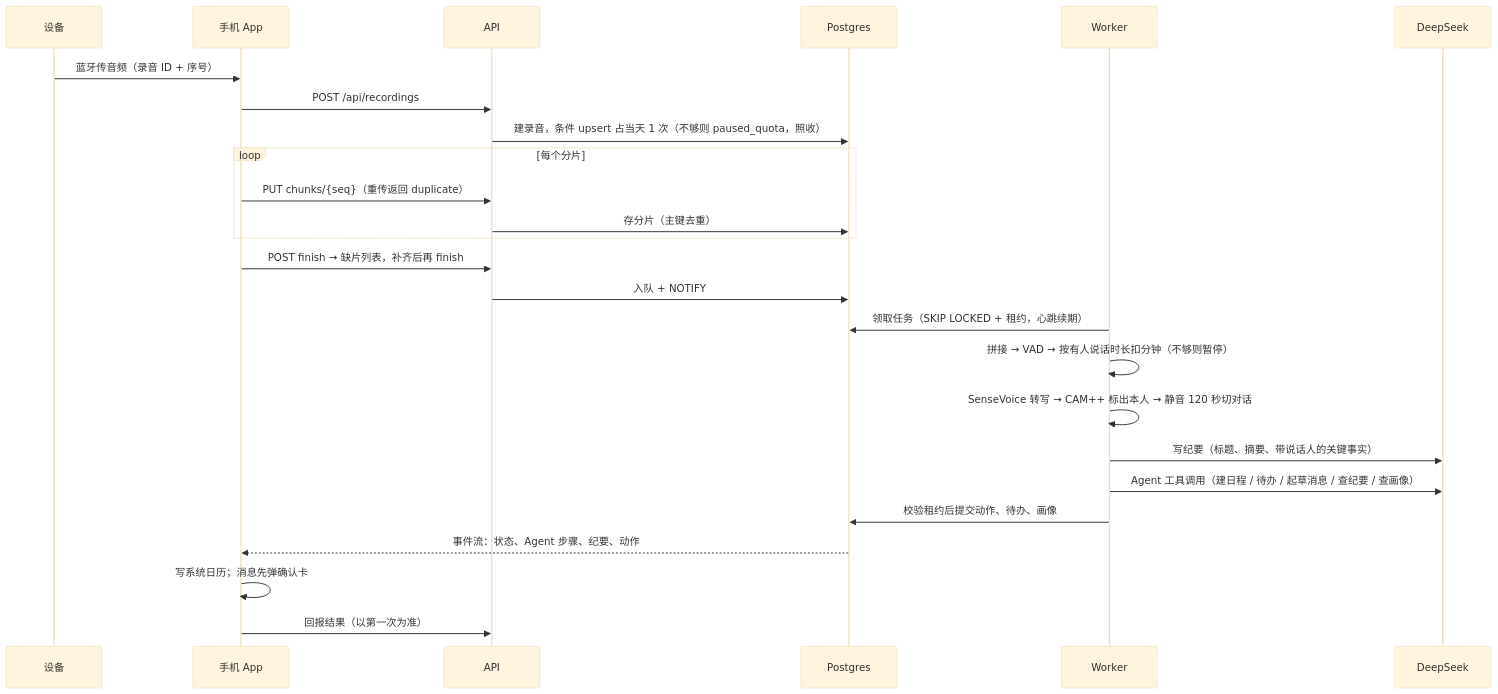
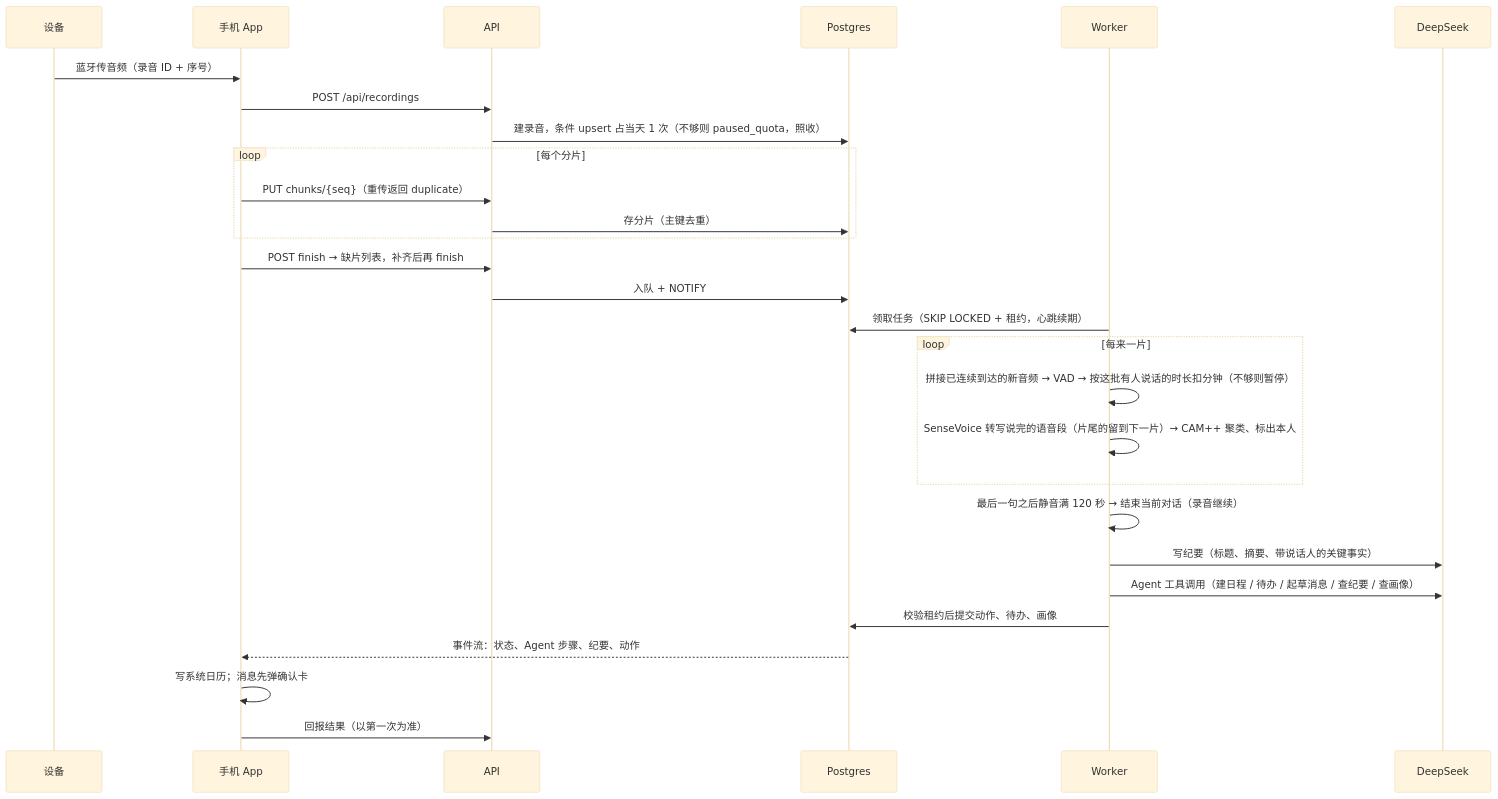
Before and after one commit to ssynb/nota: the second of 2 diagrams in README.md, drawn with Mermaid (base theme). The commit also changed other lines of this file and 7 other files, not shown here.

````diff
--- a/README.md
+++ b/README.md
@@ -73,27 +75,30 @@
 ```mermaid
 sequenceDiagram
   participant D as 设备
   participant P as 手机 App
   participant A as API
   participant DB as Postgres
   participant W as Worker
   participant L as DeepSeek
   D->>P: 蓝牙传音频（录音 ID + 序号）
   P->>A: POST /api/recordings
   A->>DB: 建录音，条件 upsert 占当天 1 次（不够则 paused_quota，照收）
   loop 每个分片
     P->>A: PUT chunks/{seq}（重传返回 duplicate）
     A->>DB: 存分片（主键去重）
   end
   P->>A: POST finish → 缺片列表，补齐后再 finish
   A->>DB: 入队 + NOTIFY
   W->>DB: 领取任务（SKIP LOCKED + 租约，心跳续期）
-  W->>W: 拼接 → VAD → 按有人说话时长扣分钟（不够则暂停）
-  W->>W: SenseVoice 转写 → CAM++ 标出本人 → 静音 120 秒切对话
+  loop 每来一片
+    W->>W: 拼接已连续到达的新音频 → VAD → 按这批有人说话的时长扣分钟（不够则暂停）
+    W->>W: SenseVoice 转写说完的语音段（片尾的留到下一片）→ CAM++ 聚类、标出本人
+  end
+  W->>W: 最后一句之后静音满 120 秒 → 结束当前对话（录音继续）
   W->>L: 写纪要（标题、摘要、带说话人的关键事实）
   W->>L: Agent 工具调用（建日程 / 待办 / 起草消息 / 查纪要 / 查画像）
   W->>DB: 校验租约后提交动作、待办、画像
   DB-->>P: 事件流：状态、Agent 步骤、纪要、动作
   P->>P: 写系统日历；消息先弹确认卡
   P->>A: 回报结果（以第一次为准）
 ```
````
